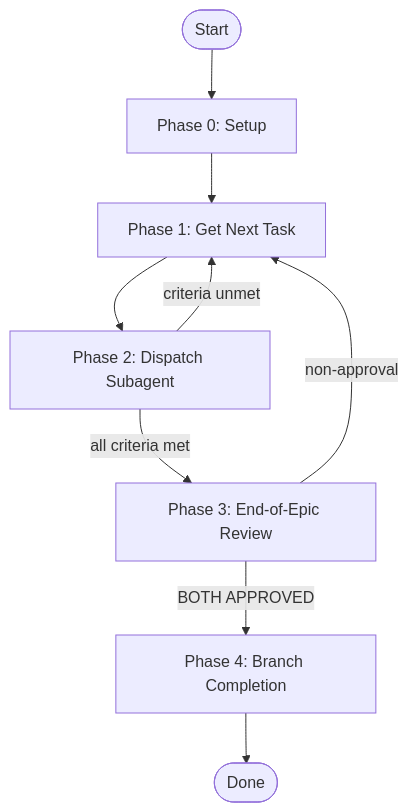
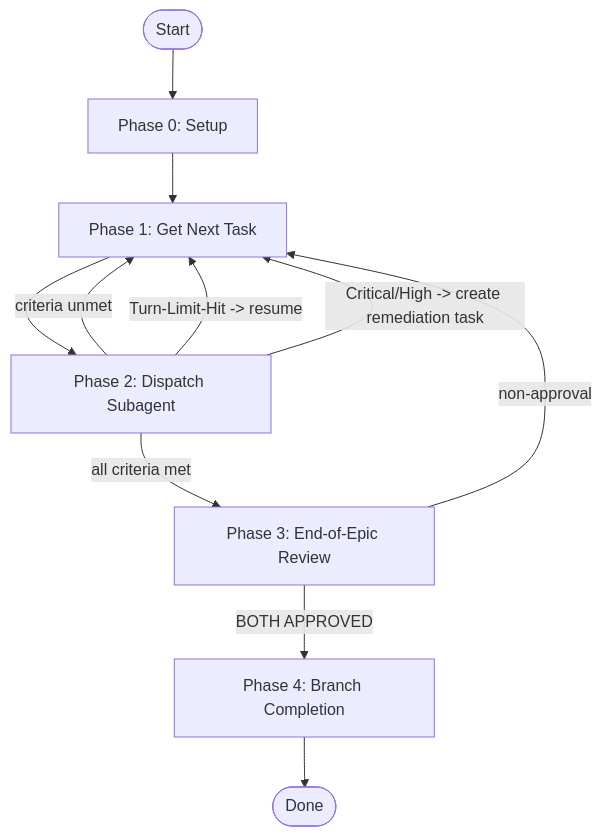
The diagram in .kimi/skills/codex-skill-execute-ralph/SKILL.md (dpolishuk/myhyperpowers), drawn with Mermaid before and after one commit. The commit also changed other lines of this file and 11 other files, not shown here.

````diff
--- a/.kimi/skills/codex-skill-execute-ralph/SKILL.md
+++ b/.kimi/skills/codex-skill-execute-ralph/SKILL.md
@@ -8,11 +8,13 @@
 ```mermaid
 flowchart TD
     S([Start]) --> P0[Phase 0: Setup]
     P0 --> P1[Phase 1: Get Next Task]
     P1 --> P2[Phase 2: Dispatch Subagent]
     P2 -->|criteria unmet| P1
+    P2 -->|Turn-Limit-Hit -> resume| P1
+    P2 -->|Critical/High -> create remediation task| P1
     P2 -->|all criteria met| P3[Phase 3: End-of-Epic Review]
     P3 -->|BOTH APPROVED| P4[Phase 4: Branch Completion]
     P3 -->|non-approval| P1
     P4 --> E([Done])
 ```
````
